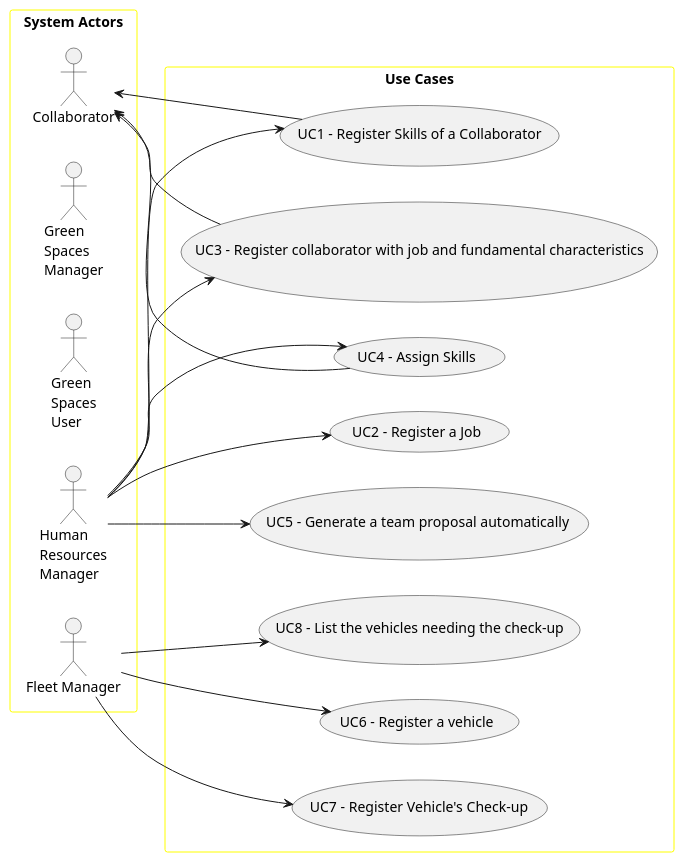
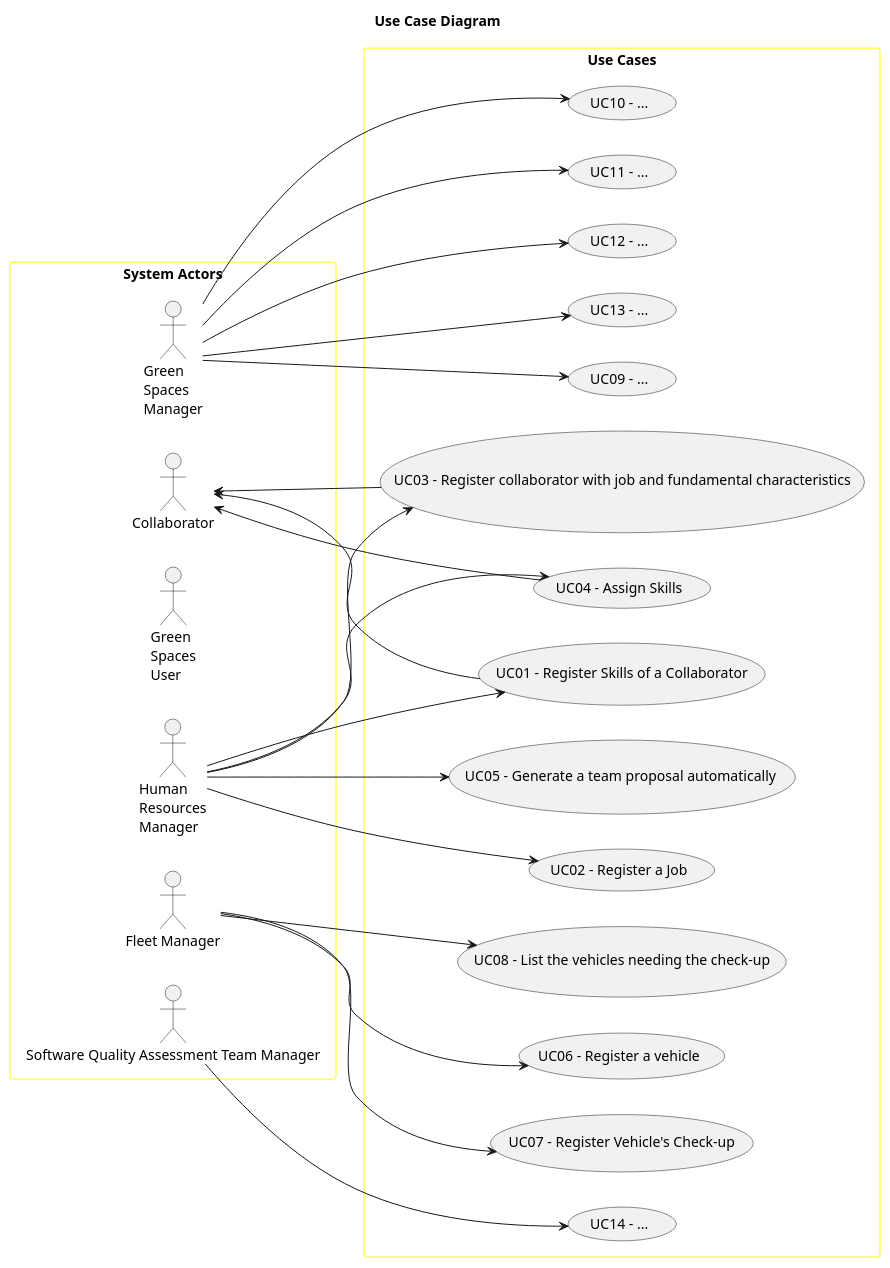
One commit to daniel41silva05/ISEP_2023_2024_LAPR2 changed the diagram in docs/sprintA&B/global-artifacts/01.requirements-engineering/puml/use-case-diagram.puml. Above: the diagram before and after it, drawn with PlantUML. The commit also changed 2 other files, not shown here.

Commit message:
update Use Case Diagram and Glossary

```diff
--- a/docs/sprintA&B/global-artifacts/01.requirements-engineering/puml/use-case-diagram.puml
+++ b/docs/sprintA&B/global-artifacts/01.requirements-engineering/puml/use-case-diagram.puml
@@ -1,44 +1,57 @@
 @startuml
 'skinparam monochrome true
 skinparam packageStyle rectangle
 'skinparam shadowing false
 
 skinparam rectangle{
     BorderColor yellow
 }
 
-'title Use Case Diagram Example
+title Use Case Diagram
 
 left to right direction
 
 rectangle "System Actors" as actors {
     actor Collaborator
     actor "Green\nSpaces\nManager" as GSM
     actor "Green\nSpaces\nUser" as GSU
     actor "Human\nResources\nManager" as HRM
     actor "Fleet Manager" as FM
+    actor "Software Quality Assessment Team Manager" as QAM
 }
 
 rectangle "Use Cases" as usecases{
-    usecase "UC1 - Register Skills of a Collaborator" as UC1
-    HRM --> UC1
-    UC1 --> Collaborator
-    usecase "UC2 - Register a Job" as UC2
-    HRM --> UC2
-    usecase "UC3 - Register collaborator with job and fundamental characteristics" as UC3
-    HRM --> UC3
-    UC3 --> Collaborator
-    usecase "UC4 - Assign Skills" as UC4
-    HRM --> UC4
-    UC4 --> Collaborator
-    usecase "UC5 - Generate a team proposal automatically " as UC5
-    HRM --> UC5
-    usecase "UC6 - Register a vehicle" as UC6
-    FM --> UC6
-    usecase "UC7 - Register Vehicle's Check-up" as UC7
-    FM --> UC7
-    usecase "UC8 - List the vehicles needing the check-up" as UC8
-    FM --> UC8
+    usecase "UC01 - Register Skills of a Collaborator" as UC01
+    HRM --> UC01
+    UC01 --> Collaborator
+    usecase "UC02 - Register a Job" as UC02
+    HRM --> UC02
+    usecase "UC03 - Register collaborator with job and fundamental characteristics" as UC03
+    HRM --> UC03
+    UC03 --> Collaborator
+    usecase "UC04 - Assign Skills" as UC04
+    HRM --> UC04
+    UC04 --> Collaborator
+    usecase "UC05 - Generate a team proposal automatically " as UC05
+    HRM --> UC05
+    usecase "UC06 - Register a vehicle" as UC06
+    FM --> UC06
+    usecase "UC07 - Register Vehicle's Check-up" as UC07
+    FM --> UC07
+    usecase "UC08 - List the vehicles needing the check-up" as UC08
+    FM --> UC08
+    usecase "UC09 - ..." as UC09
+    GSM --> UC09
+    usecase "UC10 - ..." as UC10
+    GSM --> UC10
+    usecase "UC11 - ..." as UC11
+    GSM --> UC11
+    usecase "UC12 - ..." as UC12
+    GSM --> UC12
+    usecase "UC13 - ..." as UC13
+    GSM --> UC13
+    usecase "UC14 - ..." as UC14
+    QAM --> UC14
 }
 
 @enduml
```
